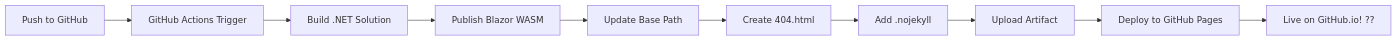
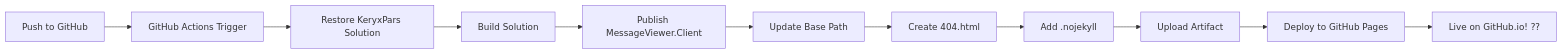
The diagram in GITHUB_PAGES_SETUP.md (theelevators/KeryxPars), drawn with Mermaid before and after one commit. The commit also changed 5 other files, not shown here.

Commit message:
"Fix GitHub Actions workflow for monolith repository structure"

````diff
--- a/GITHUB_PAGES_SETUP.md
+++ b/GITHUB_PAGES_SETUP.md
@@ -148,12 +148,13 @@
 ```mermaid
 graph LR
     A[Push to GitHub] --> B[GitHub Actions Trigger]
-    B --> C[Build .NET Solution]
-    C --> D[Publish Blazor WASM]
-    D --> E[Update Base Path]
-    E --> F[Create 404.html]
-    F --> G[Add .nojekyll]
-    G --> H[Upload Artifact]
-    H --> I[Deploy to GitHub Pages]
-    I --> J[Live on GitHub.io! ??]
+    B --> C[Restore KeryxPars Solution]
+    C --> D[Build Solution]
+    D --> E[Publish MessageViewer.Client]
+    E --> F[Update Base Path]
+    F --> G[Create 404.html]
+    G --> H[Add .nojekyll]
+    H --> I[Upload Artifact]
+    I --> J[Deploy to GitHub Pages]
+    J --> K[Live on GitHub.io! ??]
 ```
````
